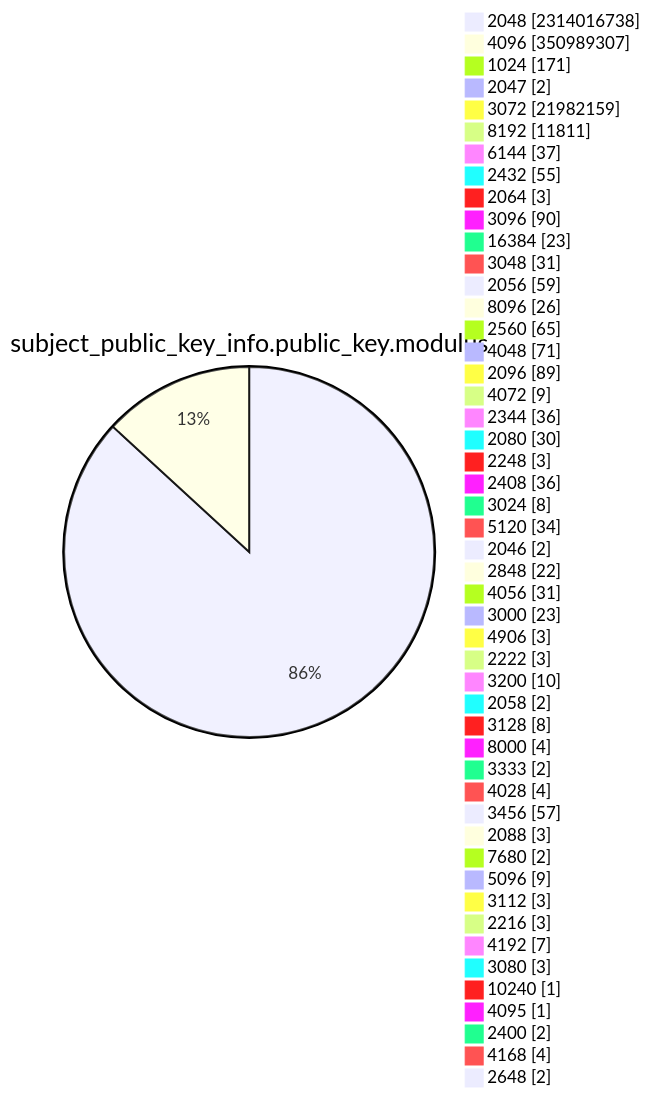
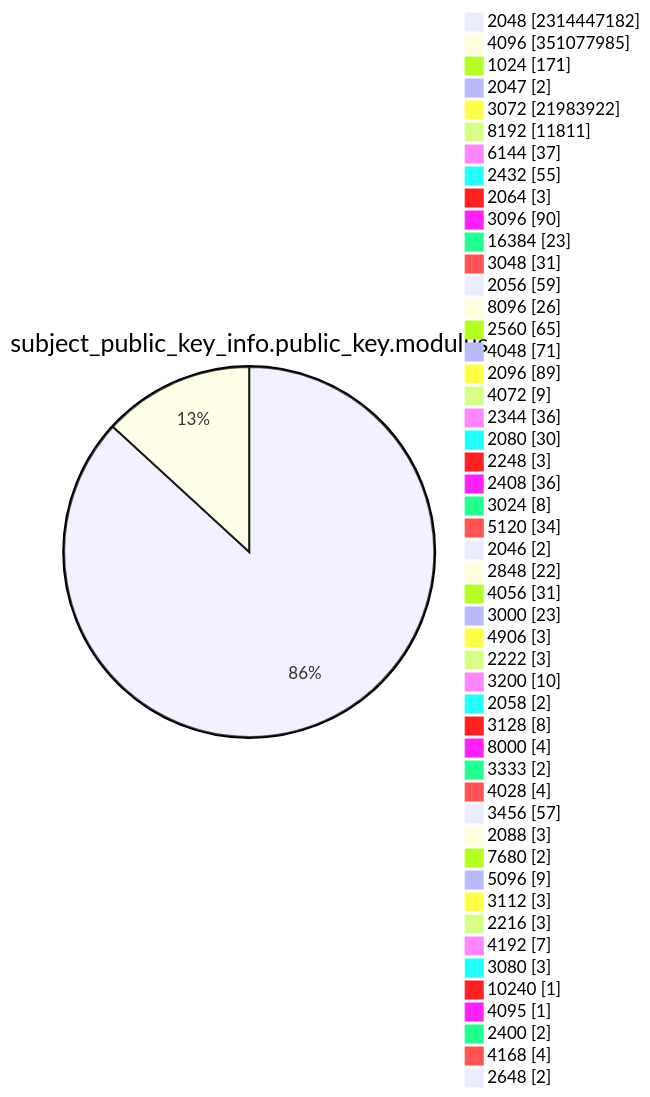
One commit to christiankrug/ctmonitor_visualization changed diagram 13 of 15 in TOTAL/README.md. Above: the diagram before and after it, drawn with Mermaid. The commit also changed other lines of this file, not shown here.

````diff
--- a/TOTAL/README.md
+++ b/TOTAL/README.md
@@ -4167,53 +4167,53 @@
 ```mermaid
 pie showData
 title subject_public_key_info.public_key.modulus
-"2048" :2314016738
-"4096" :350989307
+"2048" :2314447182
+"4096" :351077985
 "1024" :171
 "2047" :2
-"3072" :21982159
+"3072" :21983922
 "8192" :11811
 "6144" :37
 "2432" :55
 "2064" :3
 "3096" :90
 "16384" :23
 "3048" :31
 "2056" :59
 "8096" :26
 "2560" :65
 "4048" :71
 "2096" :89
 "4072" :9
 "2344" :36
 "2080" :30
 "2248" :3
 "2408" :36
 "3024" :8
 "5120" :34
 "2046" :2
 "2848" :22
 "4056" :31
 "3000" :23
 "4906" :3
 "2222" :3
 "3200" :10
 "2058" :2
 "3128" :8
 "8000" :4
 "3333" :2
 "4028" :4
 "3456" :57
 "2088" :3
 "7680" :2
 "5096" :9
 "3112" :3
 "2216" :3
 "4192" :7
 "3080" :3
 "10240" :1
 "4095" :1
 "2400" :2
 "4168" :4
 "2648" :2
 ```
````
